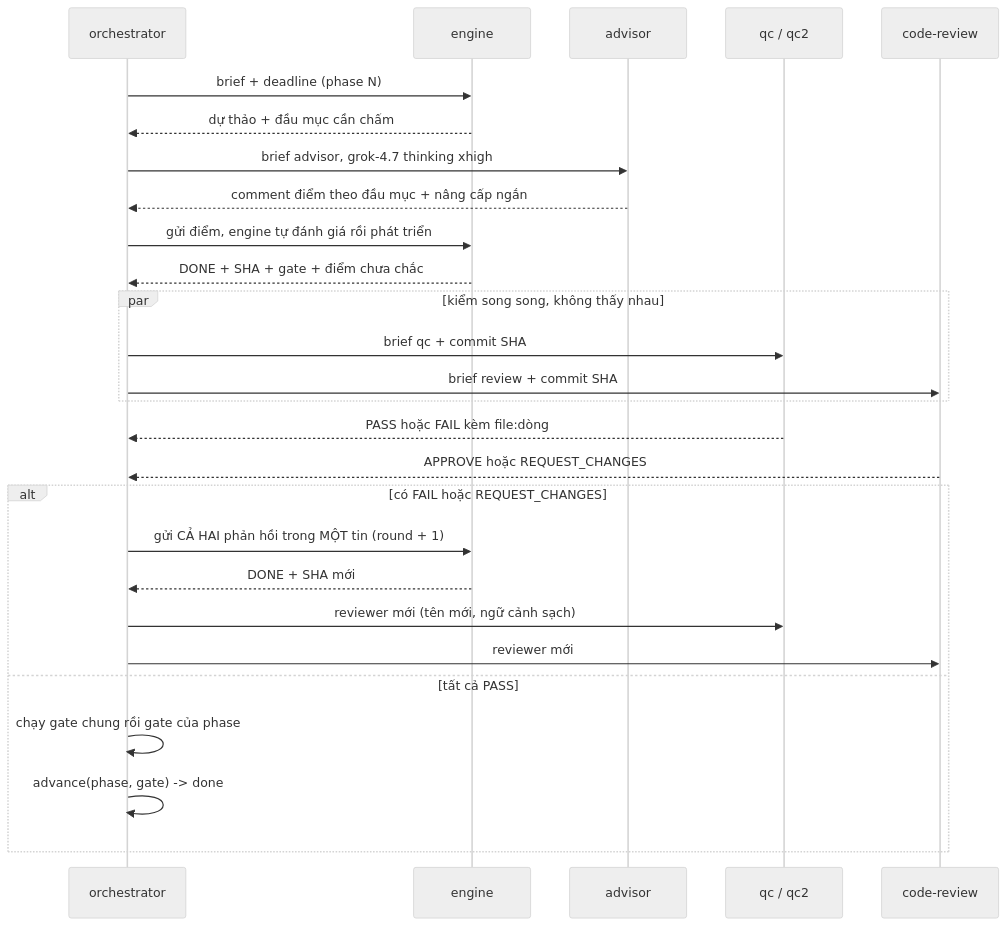
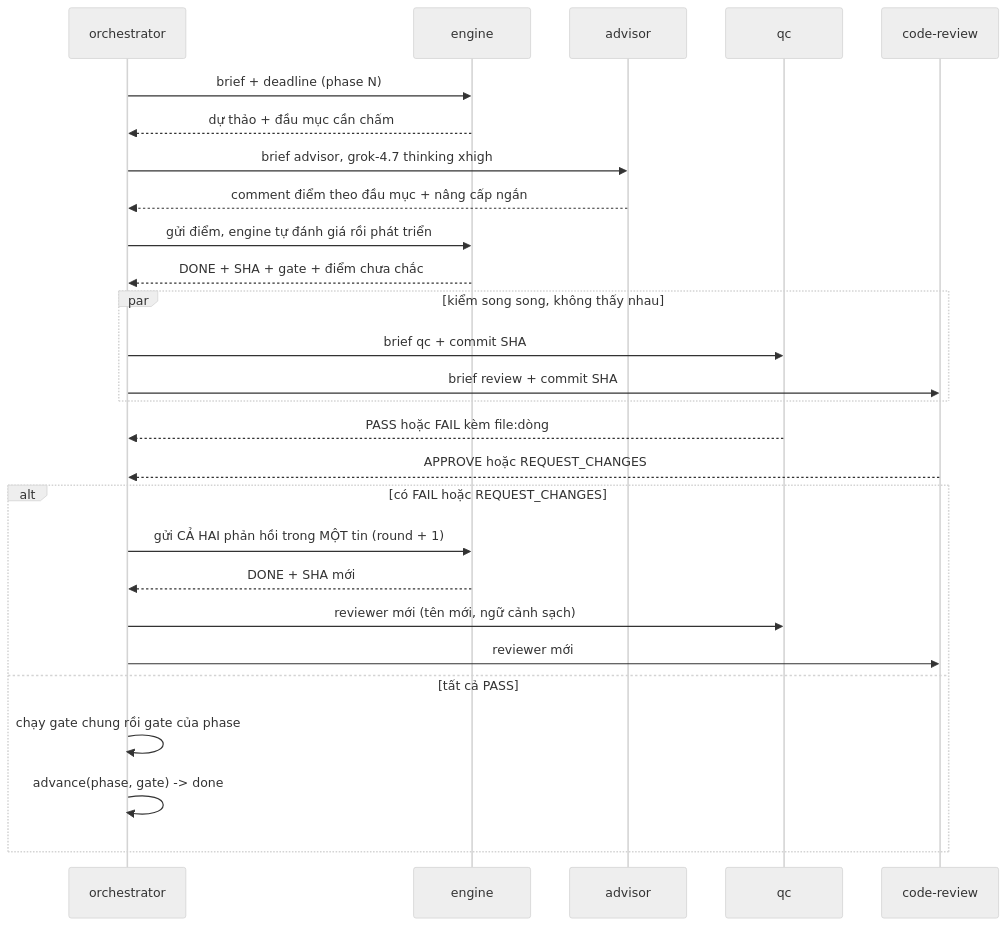
The second of 2 diagrams in 01-quy-trinh.md (loind/sdlc), drawn with Mermaid (neutral theme) before and after one commit. The commit also changed other lines of this file and 13 other files, not shown here.

````diff
--- a/01-quy-trinh.md
+++ b/01-quy-trinh.md
@@ -72,29 +72,29 @@
 ```mermaid
 sequenceDiagram
   participant O as orchestrator
   participant E as engine
   participant A as advisor
-  participant Q as qc / qc2
+  participant Q as qc
   participant C as code-review
   O->>E: brief + deadline (phase N)
   E-->>O: dự thảo + đầu mục cần chấm
   O->>A: brief advisor, grok-4.7 thinking xhigh
   A-->>O: comment điểm theo đầu mục + nâng cấp ngắn
   O->>E: gửi điểm, engine tự đánh giá rồi phát triển
   E-->>O: DONE + SHA + gate + điểm chưa chắc
   par kiểm song song, không thấy nhau
     O->>Q: brief qc + commit SHA
     O->>C: brief review + commit SHA
   end
   Q-->>O: PASS hoặc FAIL kèm file:dòng
   C-->>O: APPROVE hoặc REQUEST_CHANGES
   alt có FAIL hoặc REQUEST_CHANGES
     O->>E: gửi CẢ HAI phản hồi trong MỘT tin (round + 1)
     E-->>O: DONE + SHA mới
     O->>Q: reviewer mới (tên mới, ngữ cảnh sạch)
     O->>C: reviewer mới
   else tất cả PASS
     O->>O: chạy gate chung rồi gate của phase
     O->>O: advance(phase, gate) -> done
   end
 ```
````
